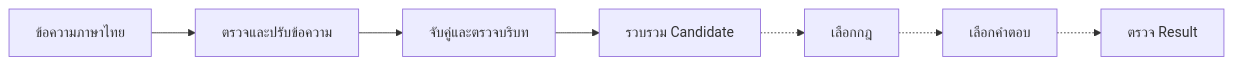
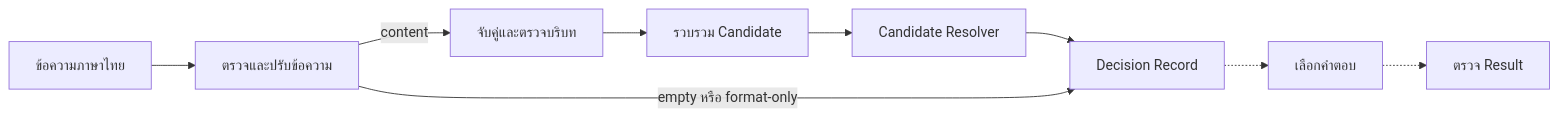
Before and after one commit to siwakon8285/thai-anti-scam-ai: the first of 2 diagrams in README.md, drawn with Mermaid. The commit also changed other lines of this file and 9 other files, not shown here.

Commit message:
feat: implement candidate resolver

````diff
--- a/README.md
+++ b/README.md
@@ -33,9 +34,11 @@
 ```mermaid
 flowchart LR
     input["ข้อความภาษาไทย"] --> text["ตรวจและปรับข้อความ"]
-    text --> matches["จับคู่และตรวจบริบท"]
+    text -->|content| matches["จับคู่และตรวจบริบท"]
     matches --> candidates["รวบรวม Candidate"]
-    candidates -.-> selection["เลือกกฎ"]
-    selection -.-> response["เลือกคำตอบ"]
+    candidates --> selection["Candidate Resolver"]
+    selection --> decision["Decision Record"]
+    text -->|empty หรือ format-only| decision
+    decision -.-> response["เลือกคำตอบ"]
     response -.-> output["ตรวจ Result"]
 ```
````
